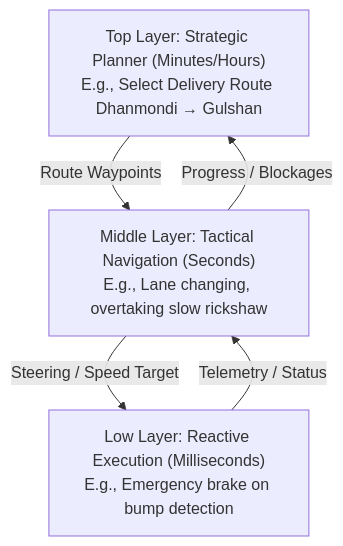
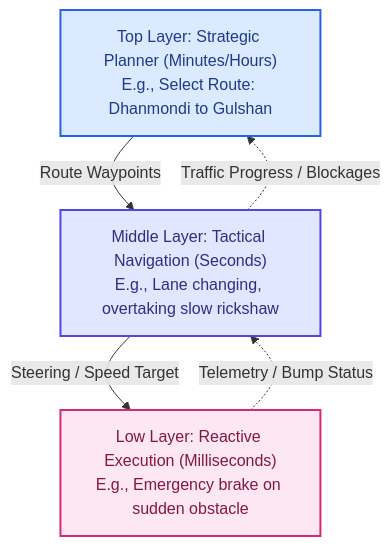
One commit to shimulshoishob/Artificial_Intelligence_CSE366 changed the sixth of 31 diagrams in README.md. Above: the diagram before and after it, drawn with Mermaid. The commit also changed other lines of this file, not shown here.

````diff
--- a/README.md
+++ b/README.md
@@ -236,11 +267,19 @@
 ```mermaid
 graph TD
-    High["Top Layer: Strategic Planner (Minutes/Hours)<br>E.g., Select Delivery Route Dhanmondi → Gulshan"]
+    High["Top Layer: Strategic Planner (Minutes/Hours)<br>E.g., Select Route: Dhanmondi to Gulshan"]
     Mid["Middle Layer: Tactical Navigation (Seconds)<br>E.g., Lane changing, overtaking slow rickshaw"]
-    Low["Low Layer: Reactive Execution (Milliseconds)<br>E.g., Emergency brake on bump detection"]
+    Low["Low Layer: Reactive Execution (Milliseconds)<br>E.g., Emergency brake on sudden obstacle"]
 
     High -->|Route Waypoints| Mid
     Mid -->|Steering / Speed Target| Low
-    Low -->|Telemetry / Status| Mid
-    Mid -->|Progress / Blockages| High
+    Low -.->|Telemetry / Bump Status| Mid
+    Mid -.->|Traffic Progress / Blockages| High
+
+    classDef l1 fill:#dbeafe,stroke:#2563eb,stroke-width:2px,color:#1e3a8a;
+    classDef l2 fill:#e0e7ff,stroke:#4f46e5,stroke-width:2px,color:#312e81;
+    classDef l3 fill:#fce7f3,stroke:#db2777,stroke-width:2px,color:#831843;
+
+    class High l1;
+    class Mid l2;
+    class Low l3;
 ```
````
